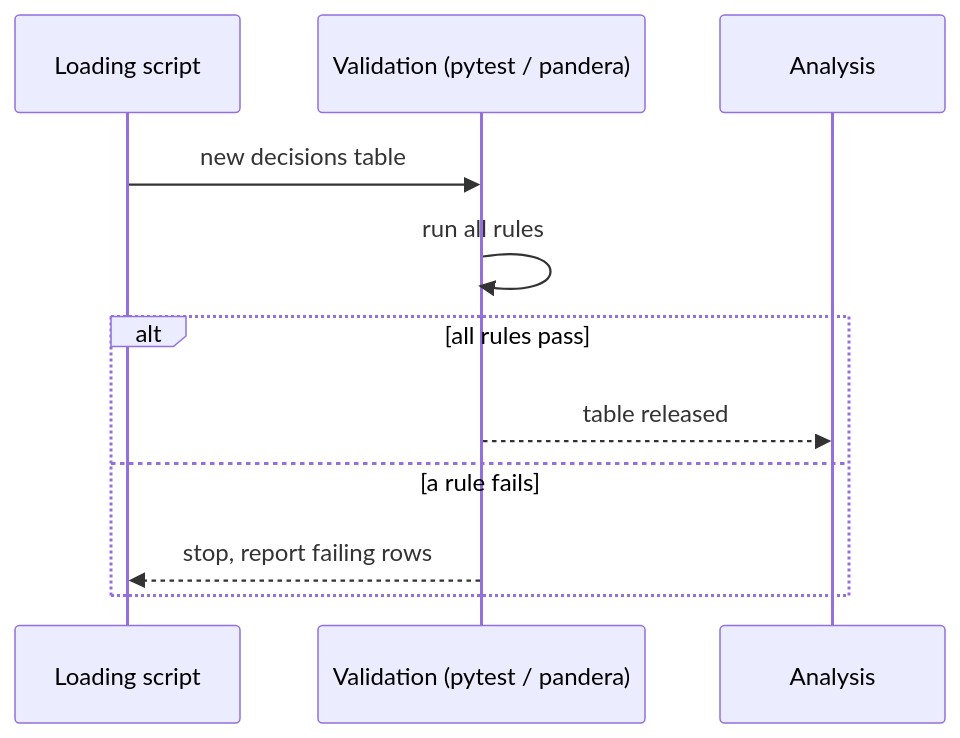
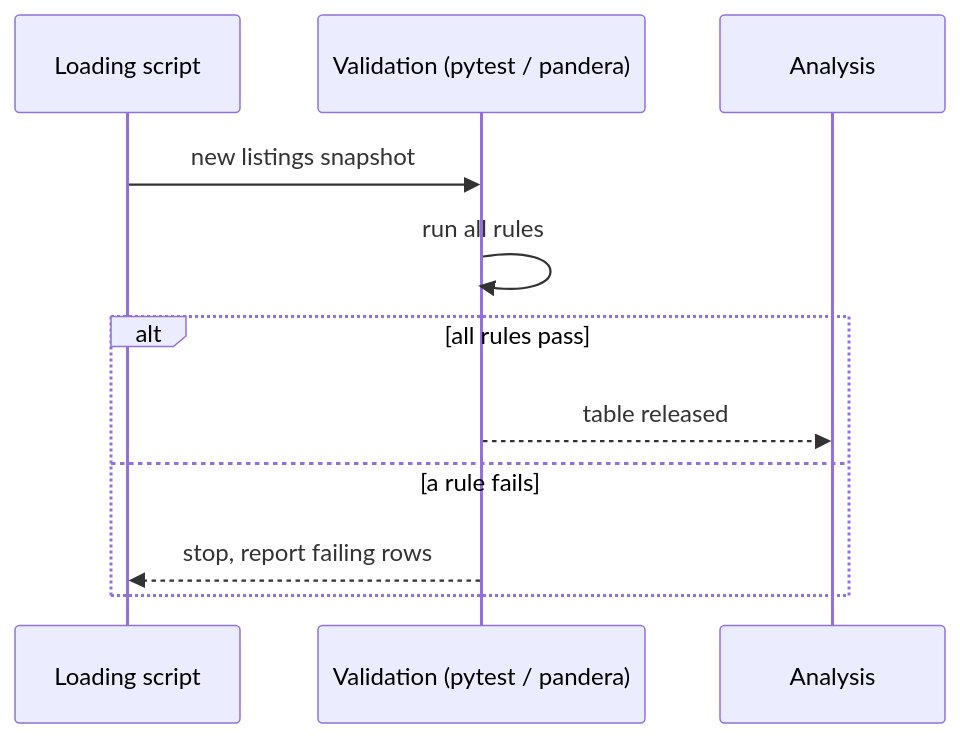
Before and after one commit to khoadaniel/statistical-programming-mpmd-htw-ws-2026: the third of 3 diagrams in sessions/04-data-quality/theory/01-data-quality-checks.md, drawn with Mermaid. The commit also changed other lines of this file and 160 other files, not shown here.

````diff
--- a/sessions/04-data-quality/theory/01-data-quality-checks.md
+++ b/sessions/04-data-quality/theory/01-data-quality-checks.md
@@ -198,13 +238,13 @@
 ```mermaid
 sequenceDiagram
     participant L as Loading script
     participant V as Validation (pytest / pandera)
     participant A as Analysis
-    L->>V: new decisions table
+    L->>V: new listings snapshot
     V->>V: run all rules
     alt all rules pass
         V-->>A: table released
     else a rule fails
         V-->>L: stop, report failing rows
     end
 ```
````
